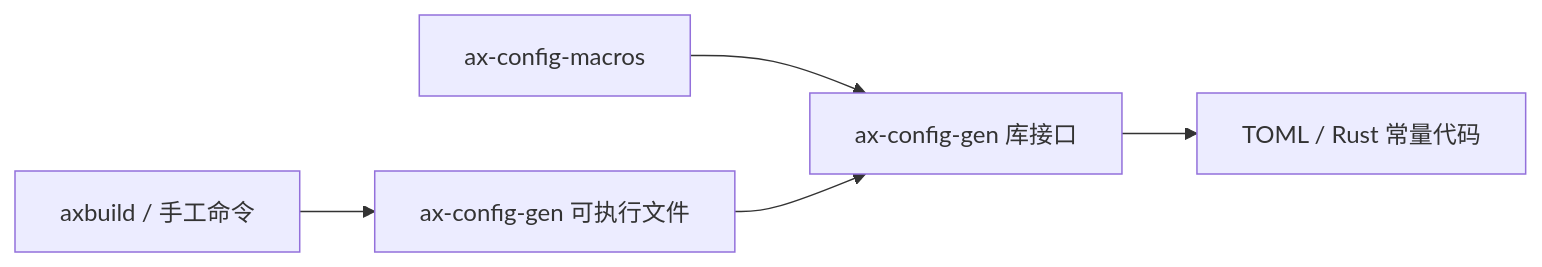
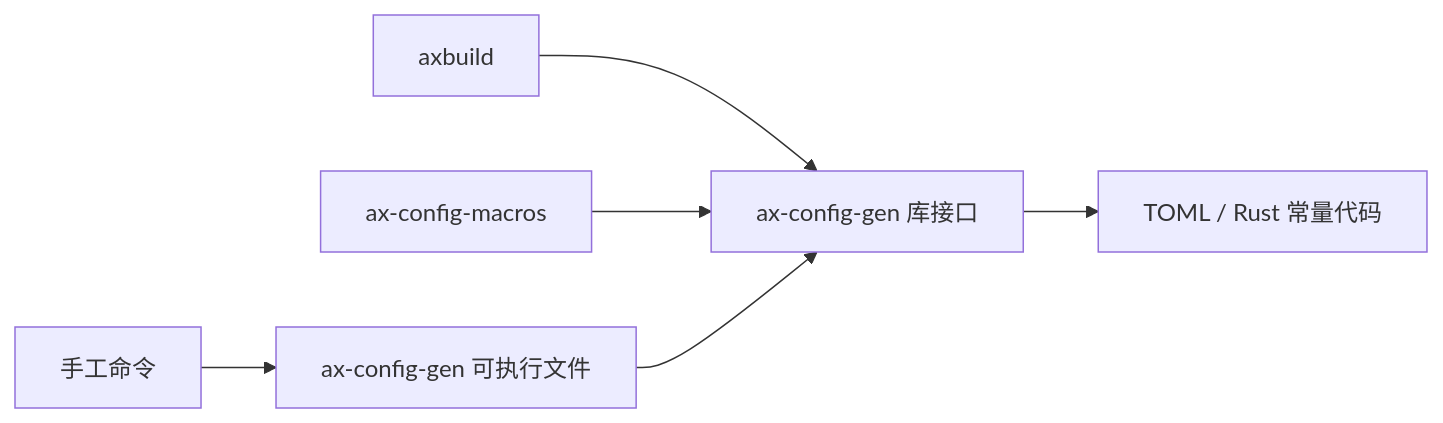
Before and after one commit to rcore-os/tgoskits: the second of 2 diagrams in docs/docs/components/crates/ax-config-gen.md, drawn with Mermaid. The commit also changed other lines of this file and 48 other files, not shown here.

````diff
--- a/docs/docs/components/crates/ax-config-gen.md
+++ b/docs/docs/components/crates/ax-config-gen.md
@@ -90,7 +90,8 @@
 ```mermaid
 graph LR
-    cli["axbuild / 手工命令"] --> exe["ax-config-gen 可执行文件"]
+    axbuild["axbuild"] --> lib["ax-config-gen 库接口"]
+    cli["手工命令"] --> exe["ax-config-gen 可执行文件"]
     macros["ax-config-macros"] --> lib["ax-config-gen 库接口"]
     exe --> lib
     lib --> out["TOML / Rust 常量代码"]
 ```
````
